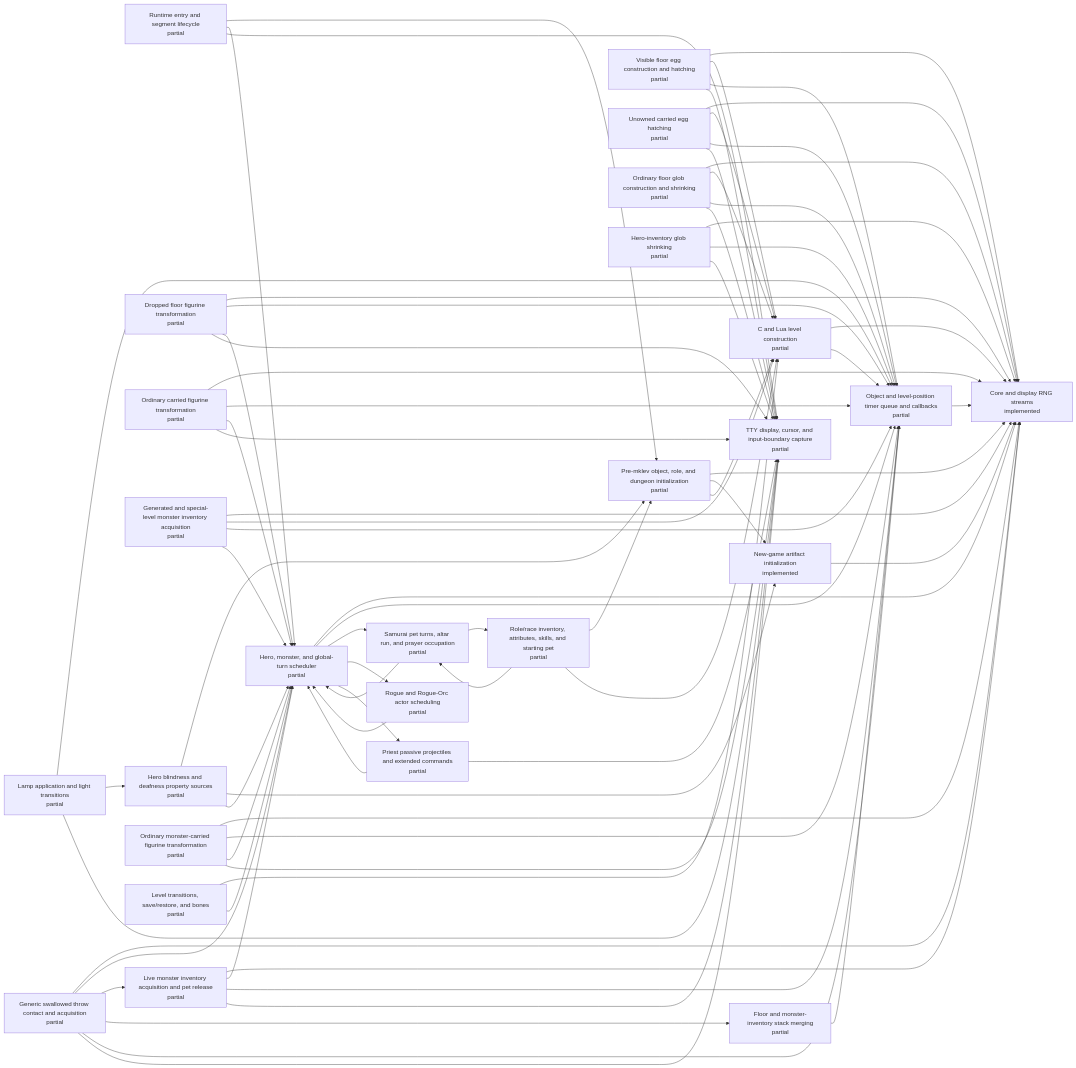
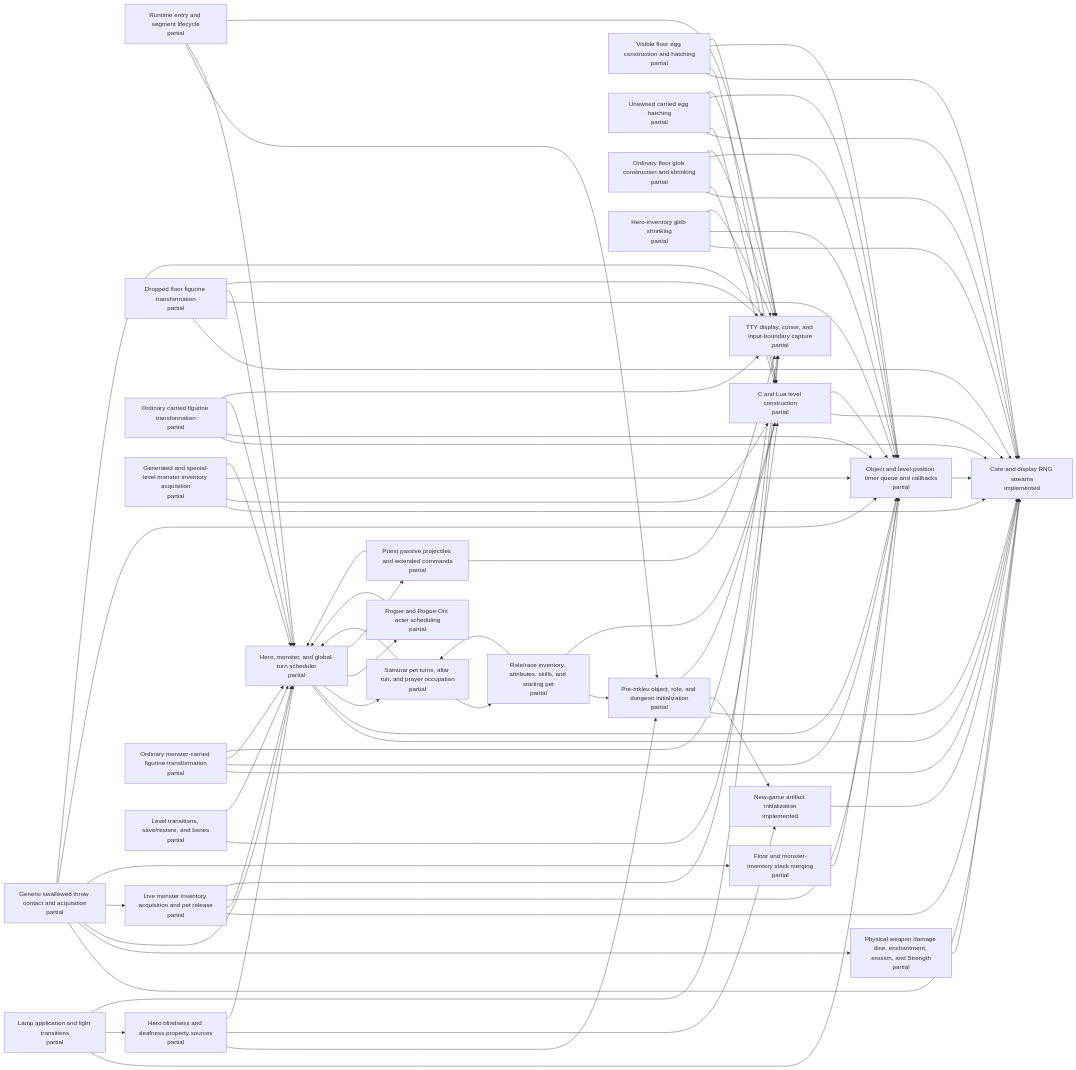
One commit to daoa0601/teleport-contest changed the diagram in docs/architecture/c-lua-ownership.generated.md. Above: the diagram before and after it, drawn with Mermaid. The commit also changed other lines of this file and 3 other files, not shown here.

Commit message:
Map surviving swallowed weapon ownership

```diff
--- a/docs/architecture/c-lua-ownership.generated.md
+++ b/docs/architecture/c-lua-ownership.generated.md
@@ -27,6 +27,7 @@
     n_generated_monster_inventory["Generated and special-level monster inventory acquisition<br/>partial"]
     n_runtime_monster_inventory_acquisition["Live monster inventory acquisition and pet release<br/>partial"]
     n_generic_swallowed_throw["Generic swallowed throw contact and acquisition<br/>partial"]
+    n_physical_weapon_damage["Physical weapon damage dice, enchantment, erosion, and Strength<br/>partial"]
     n_object_stack_merging["Floor and monster-inventory stack merging<br/>partial"]
     n_monster_figurine_transform["Ordinary monster-carried figurine transformation<br/>partial"]
     n_timed_lamp_application["Lamp application and light transitions<br/>partial"]
@@ -84,11 +85,13 @@
     n_runtime_monster_inventory_acquisition --> n_object_timer_queue
     n_runtime_monster_inventory_acquisition --> n_tty_display
     n_generic_swallowed_throw --> n_rng_core
+    n_generic_swallowed_throw --> n_physical_weapon_damage
     n_generic_swallowed_throw --> n_turn_scheduler
     n_generic_swallowed_throw --> n_runtime_monster_inventory_acquisition
     n_generic_swallowed_throw --> n_object_stack_merging
     n_generic_swallowed_throw --> n_object_timer_queue
     n_generic_swallowed_throw --> n_tty_display
+    n_physical_weapon_damage --> n_rng_core
     n_object_stack_merging --> n_object_timer_queue
     n_monster_figurine_transform --> n_rng_core
     n_monster_figurine_transform --> n_object_timer_queue
```
